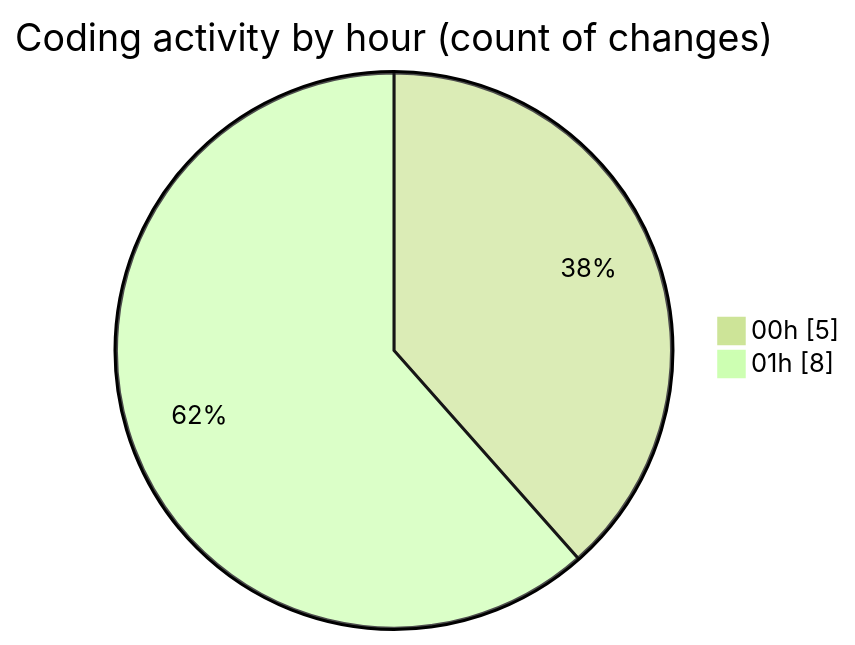
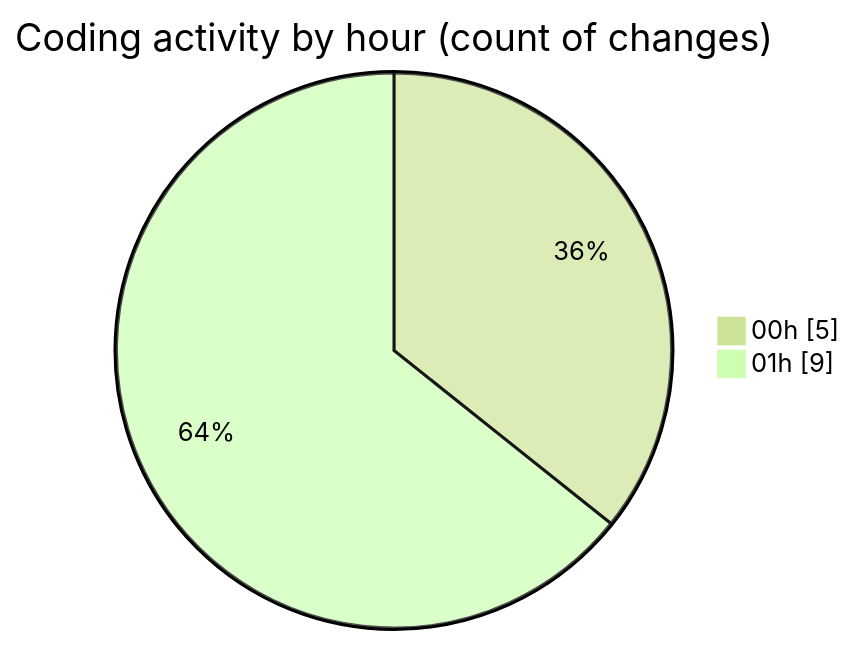
The second of 2 diagrams in 2026-07-14/shibass-ai/README.md (shibass792/code-tracking), drawn with Mermaid (forest theme) before and after one commit. The commit also changed other lines of this file and 1 other file, not shown here.

````diff
--- a/2026-07-14/shibass-ai/README.md
+++ b/2026-07-14/shibass-ai/README.md
@@ -35,6 +35,6 @@
 ```mermaid
 pie showData
 title Coding activity by hour (count of changes)
 "00h" : 5
-"01h" : 8
+"01h" : 9
 ```
````
